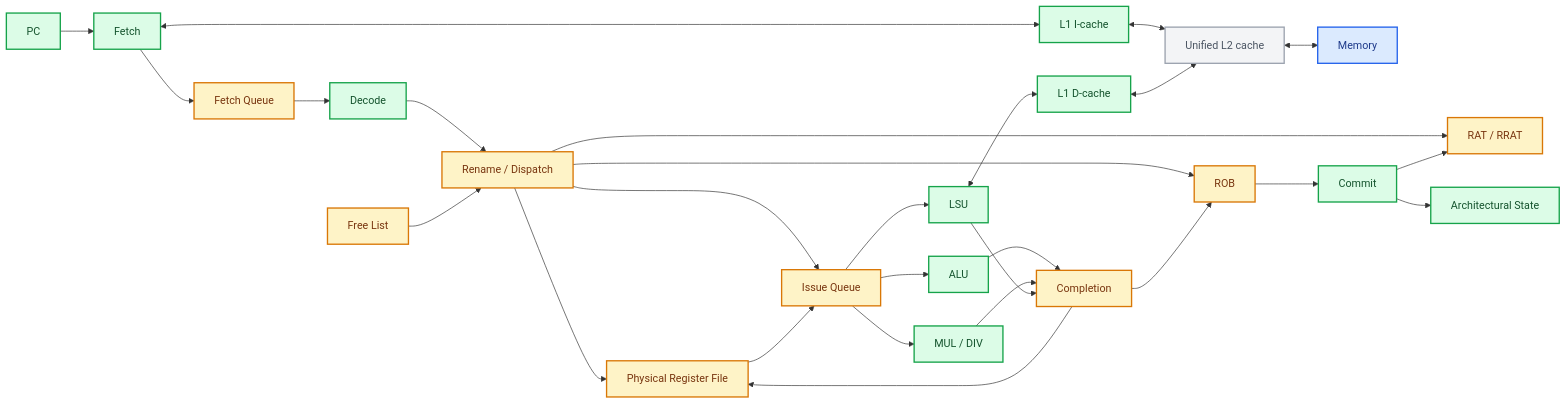
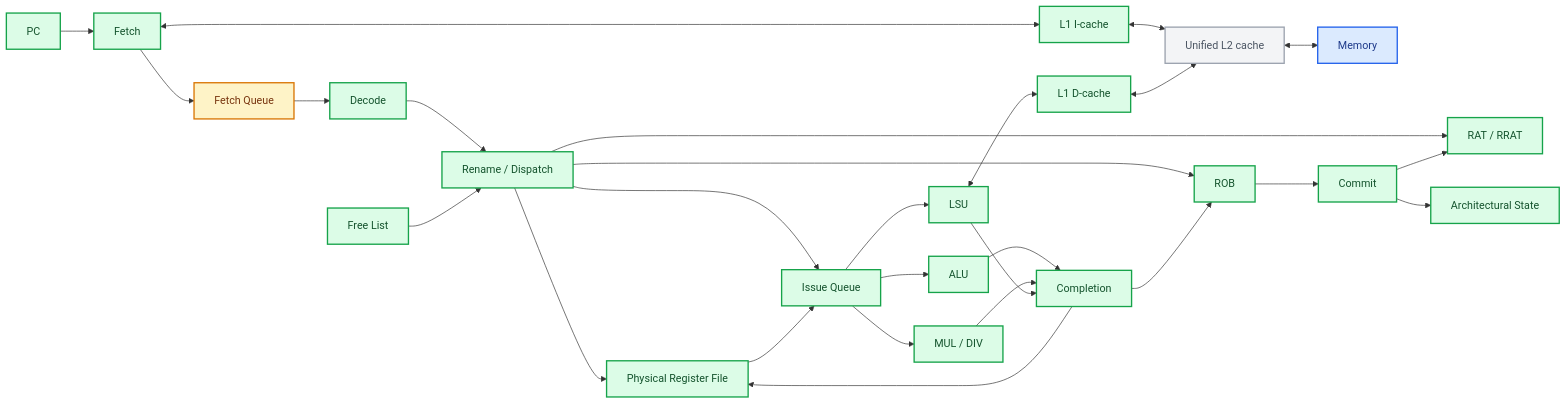
Before and after one commit to JustinYYZ/rv32im-research-core: the second of 2 diagrams in README.md, drawn with Mermaid. The commit also changed other lines of this file and 5 other files, not shown here.

````diff
--- a/README.md
+++ b/README.md
@@ -296,37 +299,37 @@
 ```mermaid
 flowchart LR
     PC --> FETCH[Fetch]
     FETCH <--> L1I["L1 I-cache"]
     L1I <--> L2["Unified L2 cache"]
     L2 <--> MEM[Memory]
     FETCH --> FQ["Fetch Queue"]
     FQ --> DECODE[Decode]
     DECODE --> RENAME["Rename / Dispatch"]
     RENAME --> RAT["RAT / RRAT"]
     FL["Free List"] --> RENAME
     RENAME --> PRF["Physical Register File"]
     RENAME --> ROB[ROB]
     RENAME --> IQ["Issue Queue"]
     PRF --> IQ
     IQ --> ALU[ALU]
     IQ --> MULDIV["MUL / DIV"]
     IQ --> LSU[LSU]
     LSU <--> L1D["L1 D-cache"]
     L1D <--> L2
     ALU --> COMPLETE[Completion]
     MULDIV --> COMPLETE
     LSU --> COMPLETE
     COMPLETE --> PRF
     COMPLETE --> ROB
     ROB --> COMMIT[Commit]
     COMMIT --> RAT
     COMMIT --> ARF["Architectural State"]
     classDef implemented fill:#dcfce7,stroke:#16a34a,color:#14532d,stroke-width:2px
     classDef partial fill:#fef3c7,stroke:#d97706,color:#78350f,stroke-width:2px
     classDef planned fill:#f3f4f6,stroke:#9ca3af,color:#4b5563,stroke-width:2px
     classDef external fill:#dbeafe,stroke:#2563eb,color:#1e3a8a,stroke-width:2px
-    class PC,FETCH,L1I,L1D,DECODE,ALU,MULDIV,LSU,COMMIT,ARF implemented
-    class FQ,ROB,PRF,RAT,FL,IQ,RENAME,COMPLETE partial
+    class PC,FETCH,L1I,L1D,DECODE,ALU,MULDIV,LSU,COMMIT,ARF,ROB,PRF,RAT,FL,IQ,RENAME,COMPLETE implemented
+    class FQ partial
     class L2 planned
     class MEM external
 ```
````
